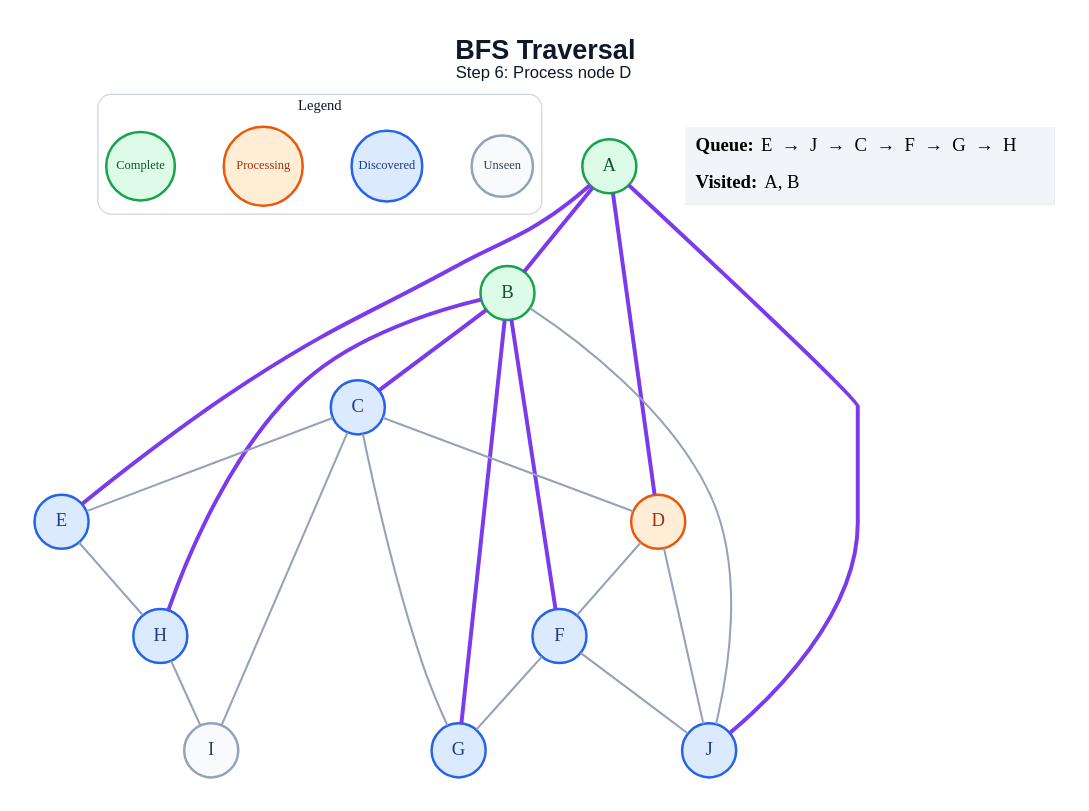
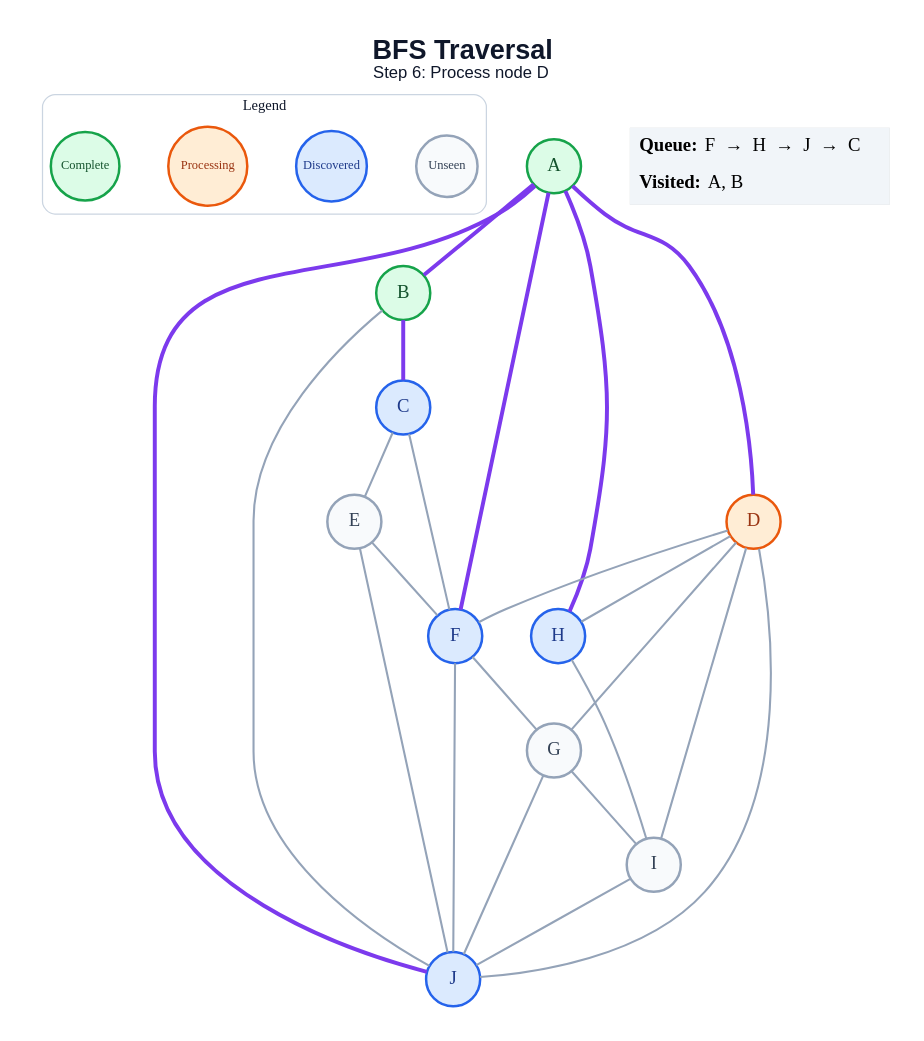
The diagram in generated/bfs/step_06.dot (anon7238593-create/ai-slop), drawn with Graphviz before and after one commit. The commit also changed 171 other files, not shown here.

```diff
--- a/generated/bfs/step_06.dot
+++ b/generated/bfs/step_06.dot
@@ -1,48 +1,51 @@
 graph traversal {
   graph [layout=dot, rankdir=TB, bgcolor="#FFFFFF", pad="0.35", nodesep="0.65", ranksep="0.8", fontname="Arial"];
   node [shape=circle, style="filled", fontname="Arial Bold", fontsize=18, width=0.72, fixedsize=true, penwidth=2.4];
   edge [color="#94A3B8", penwidth=2.0];
   label=<<B>BFS Traversal</B><BR/><FONT POINT-SIZE="16">Step 6: Process node D</FONT>>; labelloc="t"; fontsize=26; fontname="Arial"; fontcolor="#0F172A";
   subgraph cluster_legend { label="Legend"; color="#CBD5E1"; penwidth=1.2; style="rounded"; fontsize=14; fontname="Arial Bold";
     key_unseen [label="Unseen", fillcolor="#F8FAFC", color="#94A3B8", fontcolor="#334155", fontsize=12, width=0.82];
     key_frontier [label="Discovered", fillcolor="#DBEAFE", color="#2563EB", fontcolor="#1E3A8A", fontsize=12, width=0.95];
     key_current [label="Processing", fillcolor="#FFEDD5", color="#EA580C", fontcolor="#9A3412", fontsize=12, width=1.05];
     key_done [label="Complete", fillcolor="#DCFCE7", color="#16A34A", fontcolor="#14532D", fontsize=12, width=0.92];
     { rank=same; key_unseen; key_frontier; key_current; key_done; }
   }
   A [fillcolor="#DCFCE7", color="#16A34A", fontcolor="#14532D"];
   B [fillcolor="#DCFCE7", color="#16A34A", fontcolor="#14532D"];
   C [fillcolor="#DBEAFE", color="#2563EB", fontcolor="#1E3A8A"];
   D [fillcolor="#FFEDD5", color="#EA580C", fontcolor="#9A3412"];
-  E [fillcolor="#DBEAFE", color="#2563EB", fontcolor="#1E3A8A"];
+  E [fillcolor="#F8FAFC", color="#94A3B8", fontcolor="#334155"];
   F [fillcolor="#DBEAFE", color="#2563EB", fontcolor="#1E3A8A"];
-  G [fillcolor="#DBEAFE", color="#2563EB", fontcolor="#1E3A8A"];
+  G [fillcolor="#F8FAFC", color="#94A3B8", fontcolor="#334155"];
   H [fillcolor="#DBEAFE", color="#2563EB", fontcolor="#1E3A8A"];
   I [fillcolor="#F8FAFC", color="#94A3B8", fontcolor="#334155"];
   J [fillcolor="#DBEAFE", color="#2563EB", fontcolor="#1E3A8A"];
   A -- B [color="#7C3AED", penwidth=3.8];
   A -- D [color="#7C3AED", penwidth=3.8];
-  A -- E [color="#7C3AED", penwidth=3.8];
+  A -- F [color="#7C3AED", penwidth=3.8];
+  A -- H [color="#7C3AED", penwidth=3.8];
   A -- J [color="#7C3AED", penwidth=3.8];
   B -- C [color="#7C3AED", penwidth=3.8];
-  B -- F [color="#7C3AED", penwidth=3.8];
-  B -- G [color="#7C3AED", penwidth=3.8];
-  B -- H [color="#7C3AED", penwidth=3.8];
   B -- J;
-  C -- D;
   C -- E;
-  C -- G;
-  C -- I;
+  C -- F;
   D -- F;
+  D -- G;
+  D -- H;
+  D -- I;
   D -- J;
-  E -- H;
+  E -- F;
+  E -- J;
   F -- G;
   F -- J;
+  G -- I;
+  G -- J;
   H -- I;
+  I -- J;
   status [shape=plain, fixedsize=false, width=0, height=0, margin=0, label=<
     <TABLE BORDER="0" CELLBORDER="0" CELLPADDING="7" BGCOLOR="#F1F5F9">
-      <TR><TD ALIGN="LEFT"><B>Queue:</B> E  →  J  →  C  →  F  →  G  →  H</TD></TR>
+      <TR><TD ALIGN="LEFT"><B>Queue:</B> F  →  H  →  J  →  C</TD></TR>
       <TR><TD ALIGN="LEFT"><B>Visited:</B> A, B</TD></TR>
     </TABLE>
   >];
 }
```
